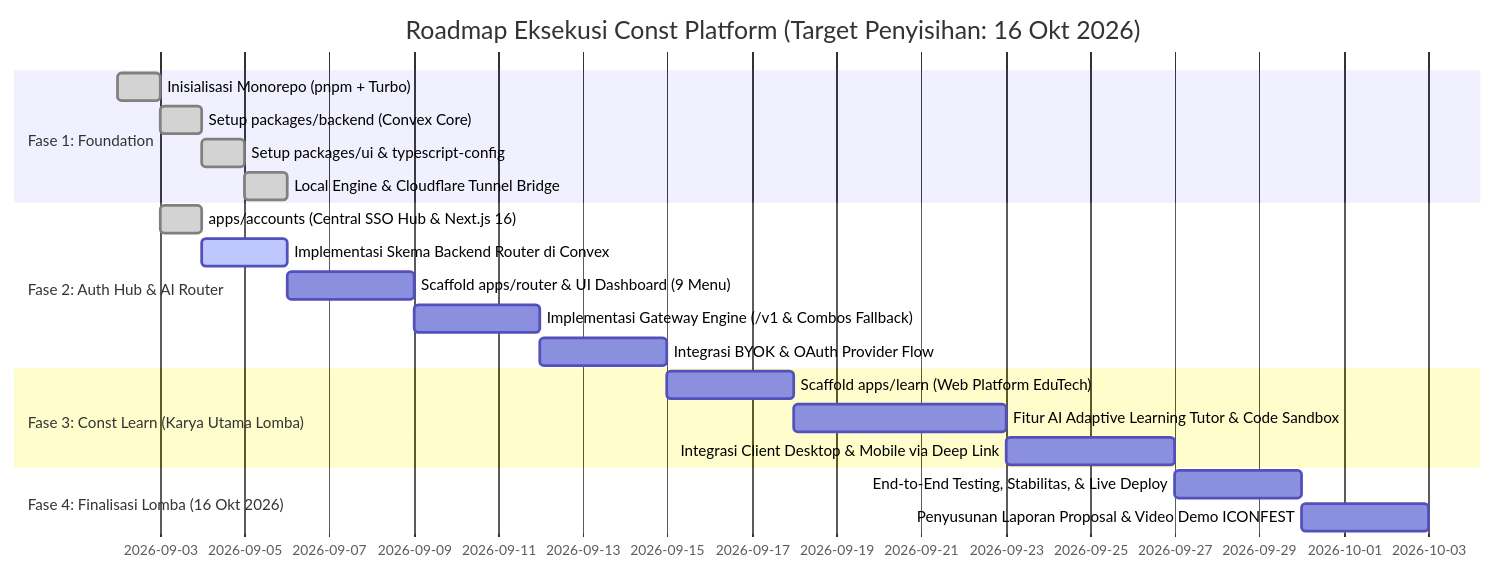
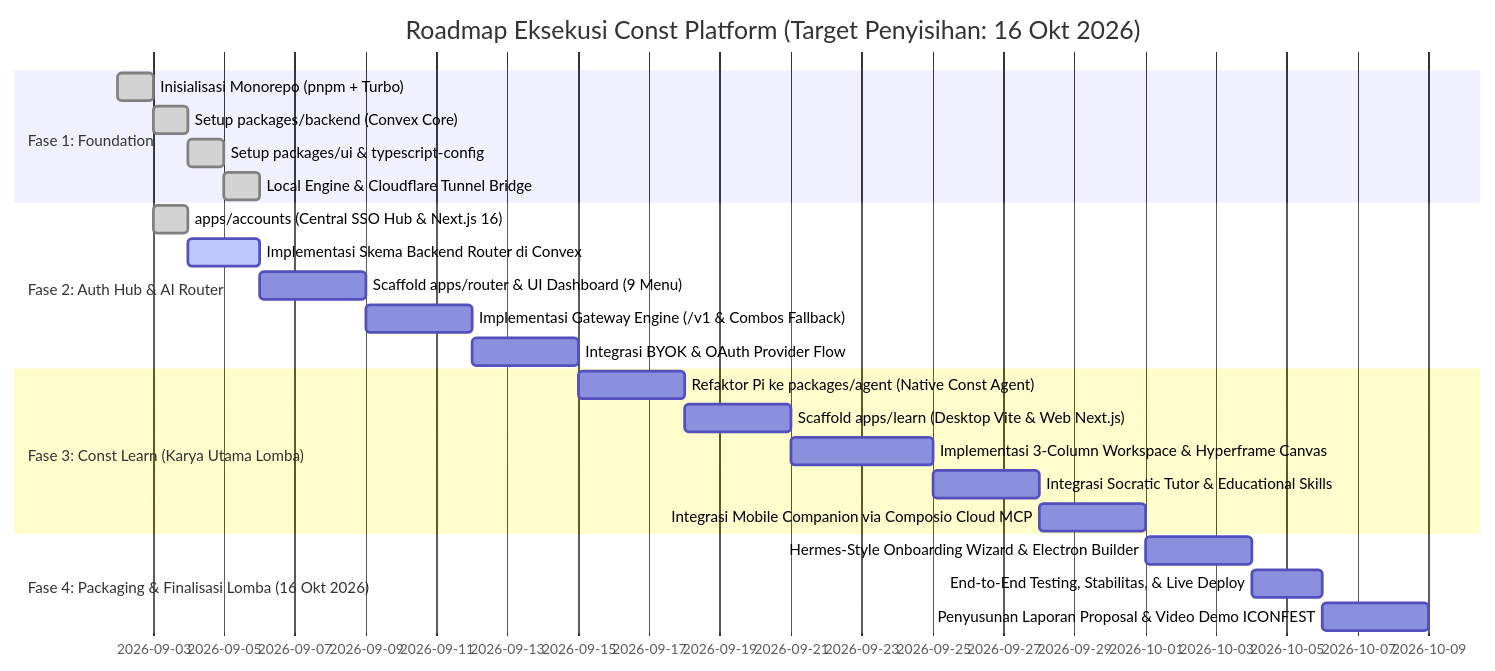
The seventh of 7 diagrams in arsitektur.md (alifconstantine/const), drawn with Mermaid before and after one commit. The commit also changed other lines of this file and 40 other files, not shown here.

Commit message:
feat(learn): scaffold desktop, mobile, and web apps with centralized accounts auth flow

````diff
--- a/arsitektur.md
+++ b/arsitektur.md
@@ -702,23 +848,26 @@
 ```mermaid
 gantt
     title Roadmap Eksekusi Const Platform (Target Penyisihan: 16 Okt 2026)
     dateFormat  YYYY-MM-DD
     section Fase 1: Foundation
     Inisialisasi Monorepo (pnpm + Turbo) :done, f1_1, 2026-09-02, 1d
     Setup packages/backend (Convex Core) :done, f1_2, after f1_1, 1d
     Setup packages/ui & typescript-config :done, f1_3, after f1_2, 1d
     Local Engine & Cloudflare Tunnel Bridge :done, f1_4, after f1_3, 1d
     section Fase 2: Auth Hub & AI Router
     apps/accounts (Central SSO Hub & Next.js 16) :done, f2_1, 2026-09-03, 1d
     Implementasi Skema Backend Router di Convex :active, f2_2, 2026-09-04, 2d
     Scaffold apps/router & UI Dashboard (9 Menu) :f2_3, after f2_2, 3d
     Implementasi Gateway Engine (/v1 & Combos Fallback) :f2_4, after f2_3, 3d
     Integrasi BYOK & OAuth Provider Flow :f2_5, after f2_4, 3d
     section Fase 3: Const Learn (Karya Utama Lomba)
-    Scaffold apps/learn (Web Platform EduTech) :f3_1, after f2_5, 3d
-    Fitur AI Adaptive Learning Tutor & Code Sandbox :f3_2, after f3_1, 5d
-    Integrasi Client Desktop & Mobile via Deep Link :f3_3, after f3_2, 4d
-    section Fase 4: Finalisasi Lomba (16 Okt 2026)
-    End-to-End Testing, Stabilitas, & Live Deploy :f4_1, after f3_3, 3d
-    Penyusunan Laporan Proposal & Video Demo ICONFEST :f4_2, after f4_1, 3d
+    Refaktor Pi ke packages/agent (Native Const Agent) :f3_1, after f2_5, 3d
+    Scaffold apps/learn (Desktop Vite & Web Next.js) :f3_2, after f3_1, 3d
+    Implementasi 3-Column Workspace & Hyperframe Canvas :f3_3, after f3_2, 4d
+    Integrasi Socratic Tutor & Educational Skills :f3_4, after f3_3, 3d
+    Integrasi Mobile Companion via Composio Cloud MCP :f3_5, after f3_4, 3d
+    section Fase 4: Packaging & Finalisasi Lomba (16 Okt 2026)
+    Hermes-Style Onboarding Wizard & Electron Builder :f4_1, after f3_5, 3d
+    End-to-End Testing, Stabilitas, & Live Deploy :f4_2, after f4_1, 2d
+    Penyusunan Laporan Proposal & Video Demo ICONFEST :f4_3, after f4_2, 3d
 ```
````
